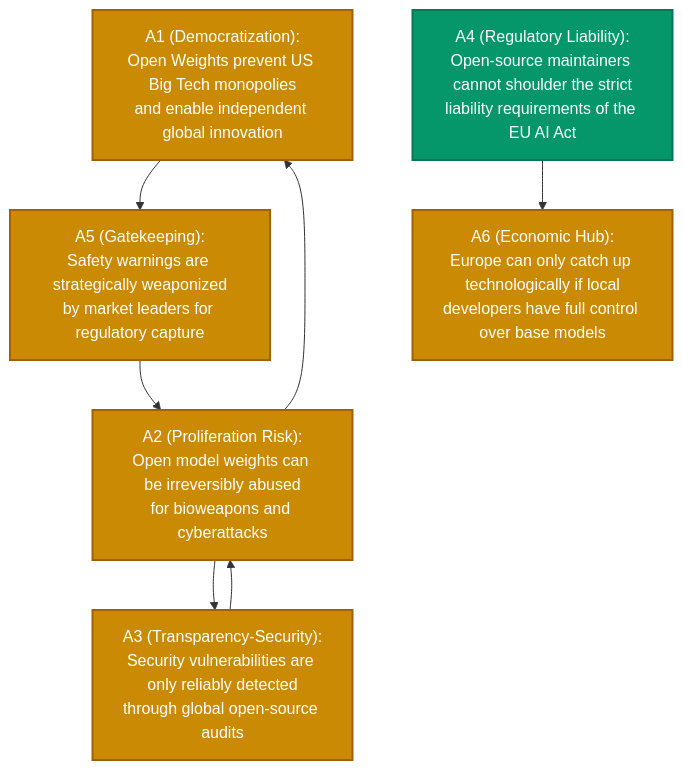
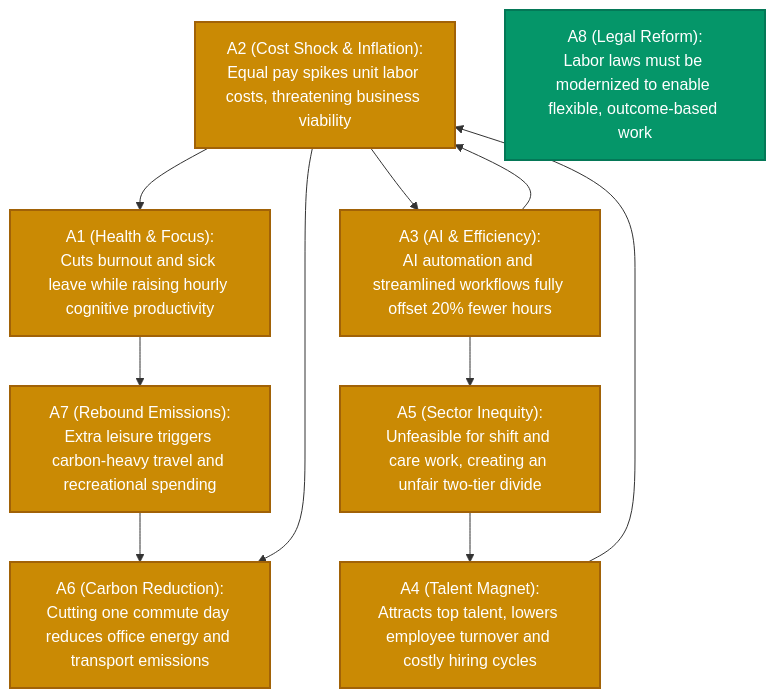
One commit to jsprado/clashpy changed the diagram in README.md. Above: the diagram before and after it, drawn with Mermaid. The commit also changed other lines of this file and 22 other files, not shown here.

Commit message:
docs: update showcase, README and posters to 8-argument 4-day work week scenario

````diff
--- a/README.md
+++ b/README.md
@@ -167,19 +192,24 @@
 ```mermaid
 graph TD
     classDef core fill:#059669,stroke:#047857,stroke-width:2px,color:#fff;
     classDef contested fill:#ca8a04,stroke:#a16207,stroke-width:2px,color:#fff;
     
-    A1["A1 (Democratization):<br/>Open Weights prevent US Big Tech monopolies<br/>and enable independent global innovation"]:::contested
-    A2["A2 (Proliferation Risk):<br/>Open model weights can be irreversibly abused<br/>for bioweapons and cyberattacks"]:::contested
-    A3["A3 (Transparency-Security):<br/>Security vulnerabilities are only reliably detected<br/>through global open-source audits"]:::contested
-    A4["A4 (Regulatory Liability):<br/>Open-source maintainers cannot shoulder the strict<br/>liability requirements of the EU AI Act"]:::core
-    A5["A5 (Gatekeeping):<br/>Safety warnings are strategically weaponized<br/>by market leaders for regulatory capture"]:::contested
-    A6["A6 (Economic Hub):<br/>Europe can only catch up technologically if local<br/>developers have full control over base models"]:::contested
+    A1["A1 (Health & Focus):<br/>Cuts burnout and sick leave while raising hourly cognitive productivity"]:::contested
+    A2["A2 (Cost Shock & Inflation):<br/>Equal pay spikes unit labor costs, threatening business viability"]:::contested
+    A3["A3 (AI & Efficiency):<br/>AI automation and streamlined workflows fully offset 20% fewer hours"]:::contested
+    A4["A4 (Talent Magnet):<br/>Attracts top talent, lowers employee turnover and costly hiring cycles"]:::contested
+    A5["A5 (Sector Inequity):<br/>Unfeasible for shift and care work, creating an unfair two-tier divide"]:::contested
+    A6["A6 (Carbon Reduction):<br/>Cutting one commute day reduces office energy and transport emissions"]:::contested
+    A7["A7 (Rebound Emissions):<br/>Extra leisure triggers carbon-heavy travel and recreational spending"]:::contested
+    A8["A8 (Legal Reform):<br/>Labor laws must be modernized to enable flexible, outcome-based work"]:::core
 
     A2 --> A1
     A3 --> A2
-    A4 --> A6
-    A5 --> A2
-    A1 --> A5
     A2 --> A3
+    A4 --> A2
+    A5 --> A4
+    A3 --> A5
+    A7 --> A6
+    A1 --> A7
+    A2 --> A6
 ```
````
